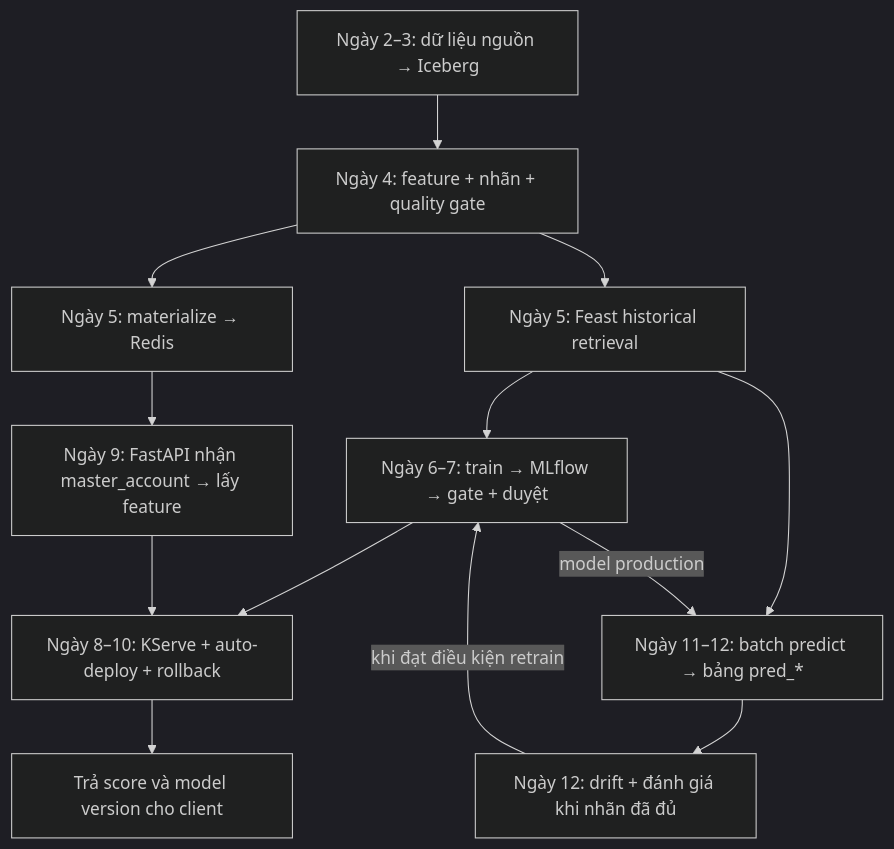
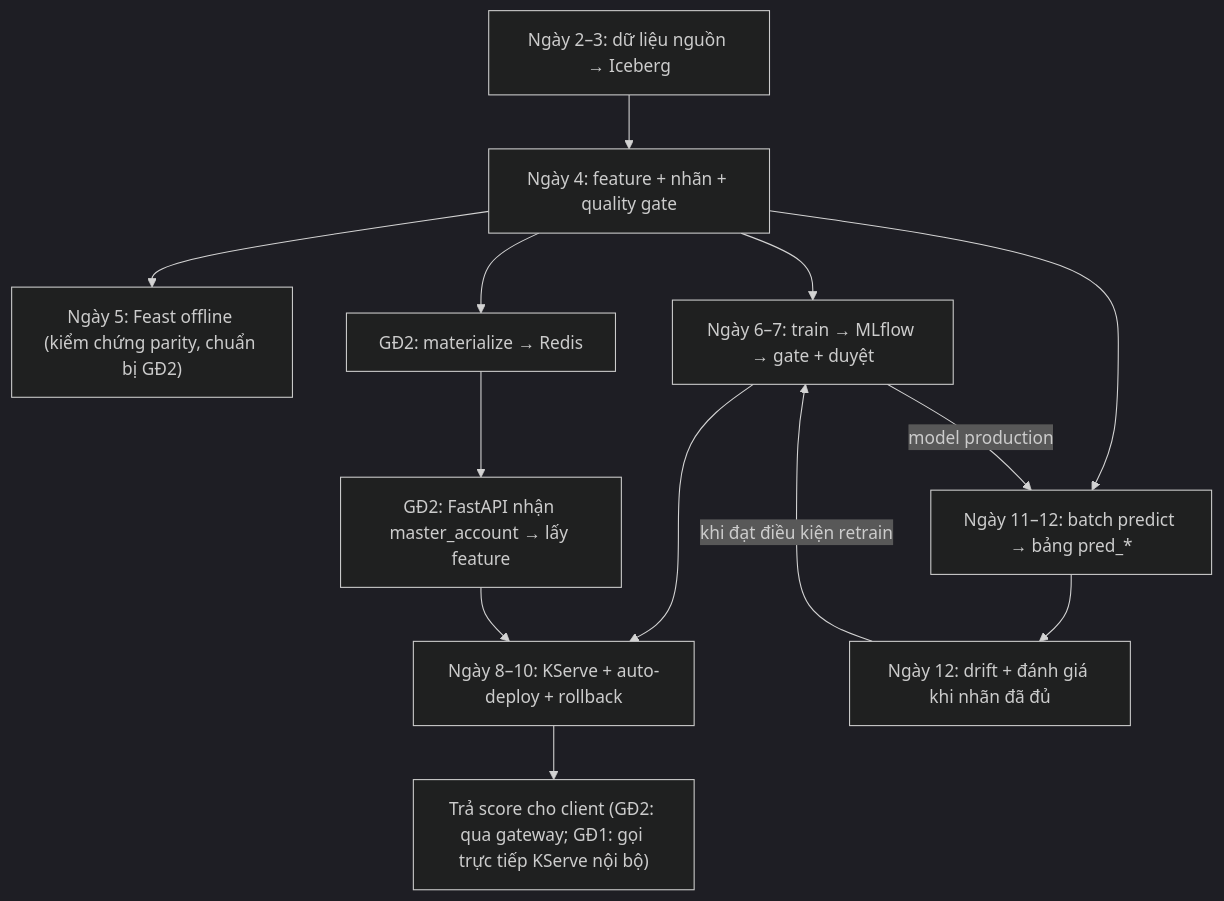
One commit to Cngdz/mlops-stock changed the diagram in docs/timelinee/timeline.md. Above: the diagram before and after it, drawn with Mermaid (dark theme). The commit also changed other lines of this file and 25 other files, not shown here.

Commit message:
day5: Feast offline parity + v3 data extensions

````diff
--- a/docs/timelinee/timeline.md
+++ b/docs/timelinee/timeline.md
@@ -10,15 +21,15 @@
     ```mermaid
     flowchart TD
         A["Ngày 2–3: dữ liệu nguồn → Iceberg"] --> B["Ngày 4: feature + nhãn + quality gate"]
-        B --> C["Ngày 5: Feast historical retrieval"]
-        B --> D["Ngày 5: materialize → Redis"]
-        C --> E["Ngày 6–7: train → MLflow → gate + duyệt"]
+    B --> C["Ngày 5: Feast offline (kiểm chứng parity, chuẩn bị GĐ2)"]
+        B --> D["GĐ2: materialize → Redis"]
+        B --> E["Ngày 6–7: train → MLflow → gate + duyệt"]
         E --> F["Ngày 8–10: KServe + auto-deploy + rollback"]
-        D --> G["Ngày 9: FastAPI nhận master_account → lấy feature"]
+        D --> G["GĐ2: FastAPI nhận master_account → lấy feature"]
         G --> F
-        F --> H["Trả score và model version cho client"]
-        C --> I["Ngày 11–12: batch predict → bảng pred_*"]
+        F --> H["Trả score cho client (GĐ2: qua gateway; GĐ1: gọi trực tiếp KServe nội bộ)"]
+        B --> I["Ngày 11–12: batch predict → bảng pred_*"]
         E -->|"model production"| I
         I --> J["Ngày 12: drift + đánh giá khi nhãn đã đủ"]
         J -->|"khi đạt điều kiện retrain"| E
     ```
````
